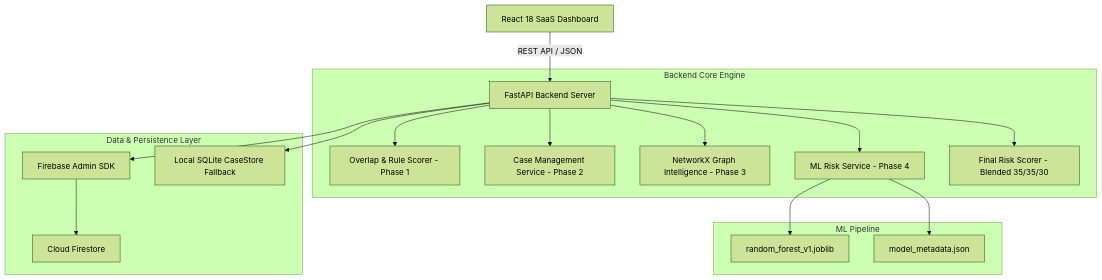
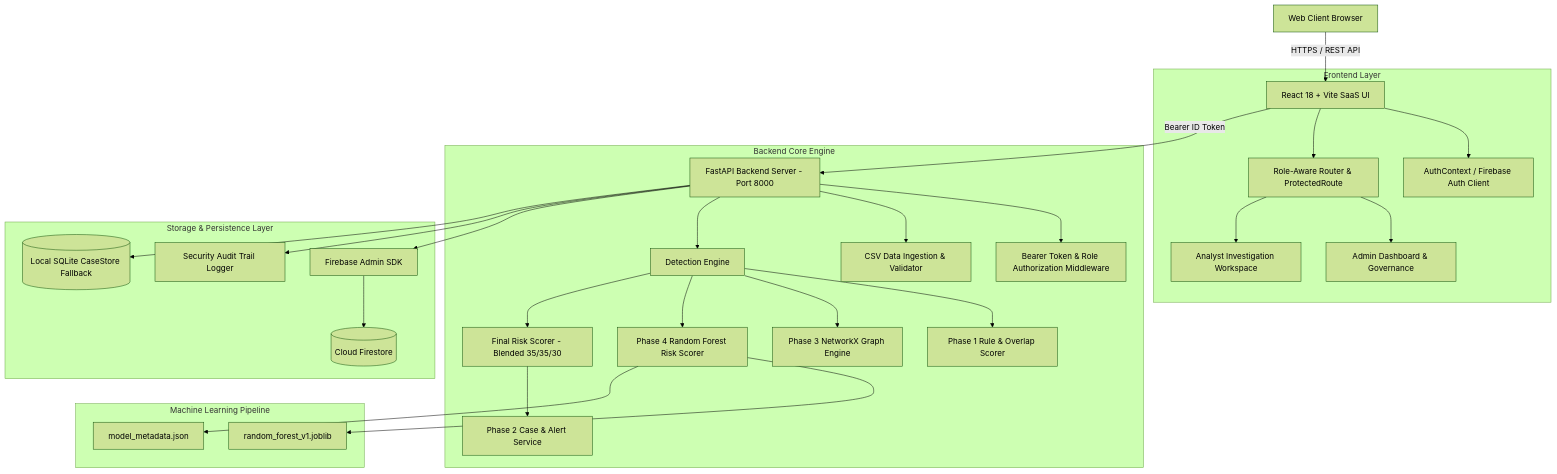
One commit to pranaykhodade1922-dot/RazorGuard-AI-Merchant-Customer-Collusion-Detector changed the diagram in README.md. Above: the diagram before and after it, drawn with Mermaid (forest theme). The commit also changed other lines of this file and 11137 other files, not shown here.

````diff
--- a/README.md
+++ b/README.md
@@ -26,23 +197,38 @@
 ```mermaid
 graph TD
-    A[React 18 SaaS Dashboard] -->|REST API / JSON| B[FastAPI Backend Server]
+    User[Web Client Browser] -->|HTTPS / REST API| Frontend[React 18 + Vite SaaS UI]
+    
+    subgraph Frontend Layer
+        Frontend --> AuthCtx[AuthContext / Firebase Auth Client]
+        Frontend --> Router[Role-Aware Router & ProtectedRoute]
+        Router --> AdminView[Admin Dashboard & Governance]
+        Router --> AnalystView[Analyst Investigation Workspace]
+    end
+    
+    Frontend -->|Bearer ID Token| API[FastAPI Backend Server - Port 8000]
     
     subgraph Backend Core Engine
-        B --> C[Overlap & Rule Scorer - Phase 1]
-        B --> D[Case Management Service - Phase 2]
-        B --> E[NetworkX Graph Intelligence - Phase 3]
-        B --> F[ML Risk Service - Phase 4]
-        B --> G[Final Risk Scorer - Blended 35/35/30]
+        API --> AuthMw[Bearer Token & Role Authorization Middleware]
+        API --> Ingest[CSV Data Ingestion & Validator]
+        API --> DetEngine[Detection Engine]
+        
+        DetEngine --> RuleScorer[Phase 1 Rule & Overlap Scorer]
+        DetEngine --> NetworkEngine[Phase 3 NetworkX Graph Engine]
+        DetEngine --> MLScorer[Phase 4 Random Forest Risk Scorer]
+        
+        DetEngine --> BlendedScorer[Final Risk Scorer - Blended 35/35/30]
+        BlendedScorer --> CaseService[Phase 2 Case & Alert Service]
     end
     
-    subgraph Data & Persistence Layer
-        B --> H[Firebase Admin SDK]
-        H --> I[Cloud Firestore]
-        B --> J[Local SQLite CaseStore Fallback]
+    subgraph Storage & Persistence Layer
+        API --> FirebaseSDK[Firebase Admin SDK]
+        FirebaseSDK --> Firestore[(Cloud Firestore)]
+        API --> AuditLog[Security Audit Trail Logger]
+        API --> FallbackStore[(Local SQLite CaseStore Fallback)]
     end
     
-    subgraph ML Pipeline
-        F --> K[random_forest_v1.joblib]
-        F --> L[model_metadata.json]
+    subgraph Machine Learning Pipeline
+        MLScorer --> RFModel[random_forest_v1.joblib]
+        MLScorer --> ModelMeta[model_metadata.json]
     end
 ```
````
